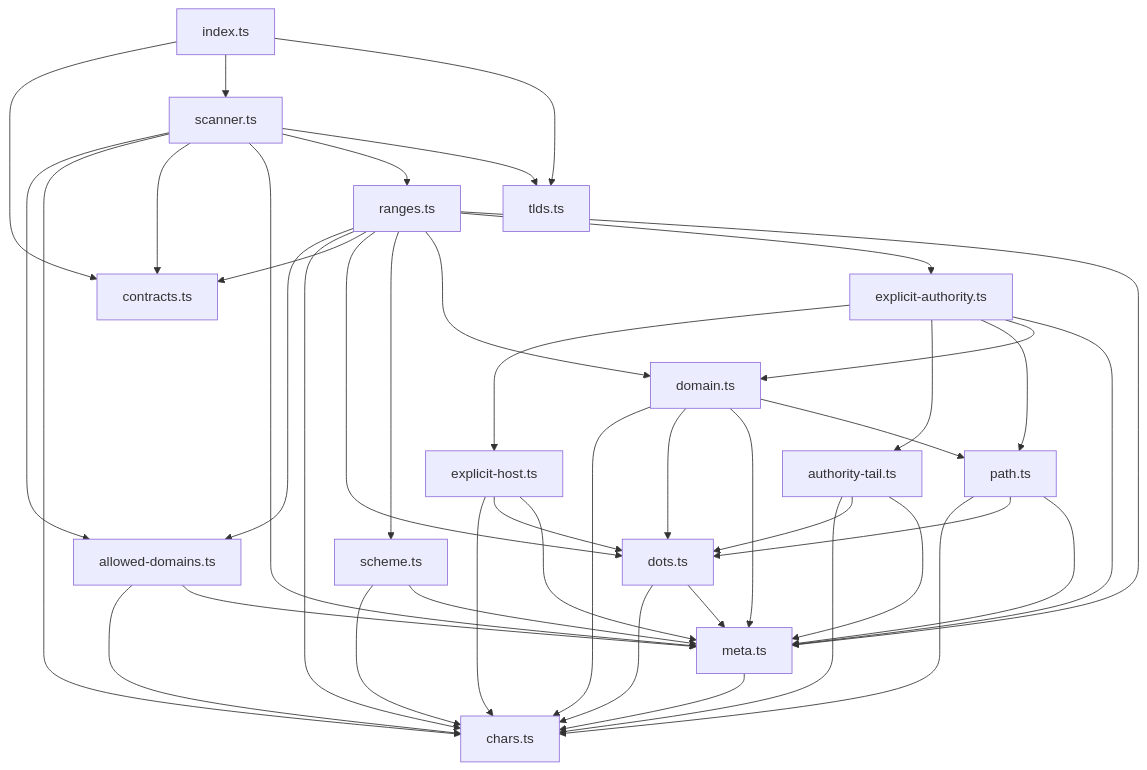
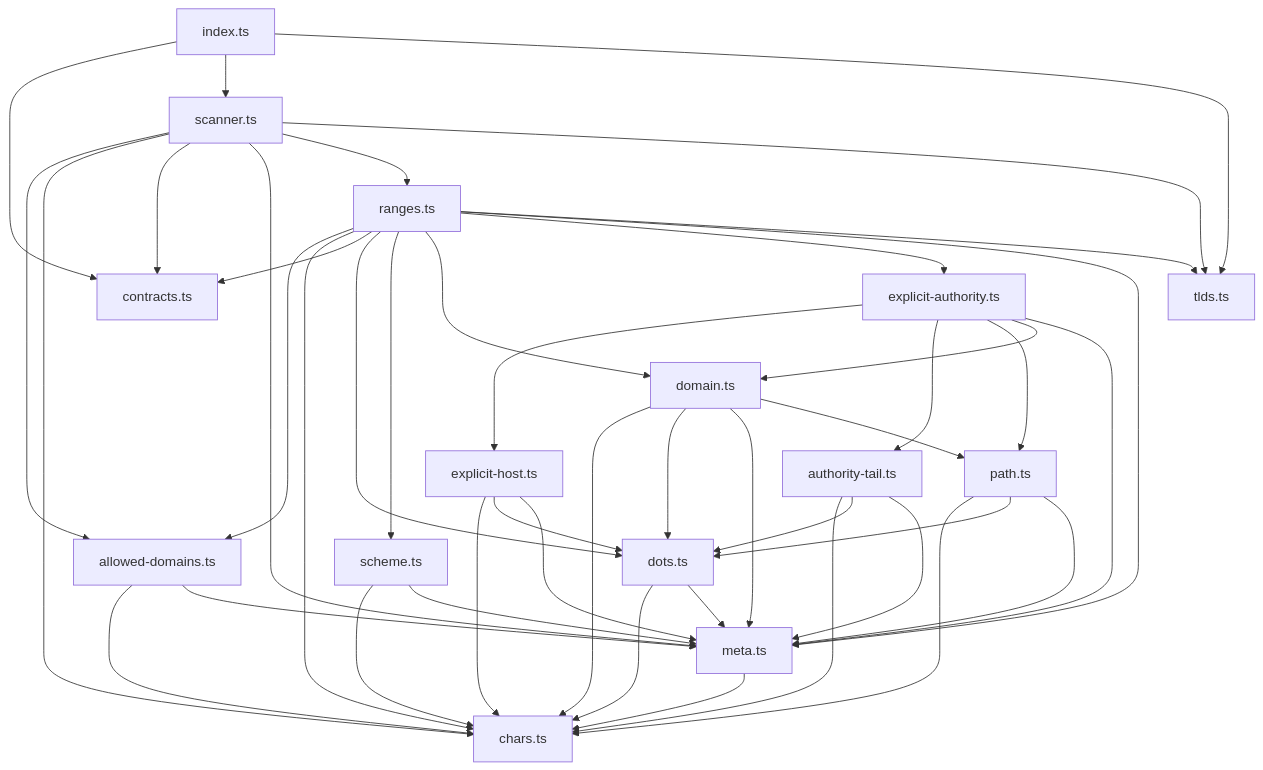
One commit to textfilters/textfilters changed the second of 2 diagrams in packages/url/docs/architecture.md. Above: the diagram before and after it, drawn with Mermaid. The commit also changed other lines of this file and 9 other files, not shown here.

````diff
--- a/packages/url/docs/architecture.md
+++ b/packages/url/docs/architecture.md
@@ -50,45 +51,46 @@
 ```mermaid
 graph TD
   index["index.ts"] --> contracts["contracts.ts"]
   index --> scanner["scanner.ts"]
   index --> tlds["tlds.ts"]
   scanner --> allowed["allowed-domains.ts"]
   scanner --> chars["chars.ts"]
   scanner --> contracts
   scanner --> meta["meta.ts"]
   scanner --> ranges["ranges.ts"]
   scanner --> tlds
   ranges --> allowed
   ranges --> chars
   ranges --> contracts
   ranges --> dots["dots.ts"]
   ranges --> scheme["scheme.ts"]
   ranges --> domain["domain.ts"]
   ranges --> explicit["explicit-authority.ts"]
   ranges --> meta
+  ranges --> tlds
   allowed --> chars
   allowed --> meta
   explicit --> host["explicit-host.ts"]
   explicit --> tail["authority-tail.ts"]
   explicit --> path["path.ts"]
   explicit --> domain
   explicit --> meta
   host --> chars
   host --> dots
   host --> meta
   tail --> chars
   tail --> dots
   tail --> meta
   domain --> chars
   domain --> dots
   domain --> meta
   domain --> path
   scheme --> chars
   scheme --> meta
   dots --> chars
   dots --> meta
   meta --> chars
   path --> chars
   path --> dots
   path --> meta
 ```
````
